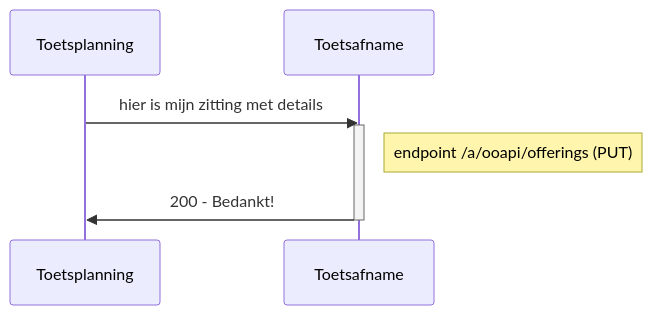
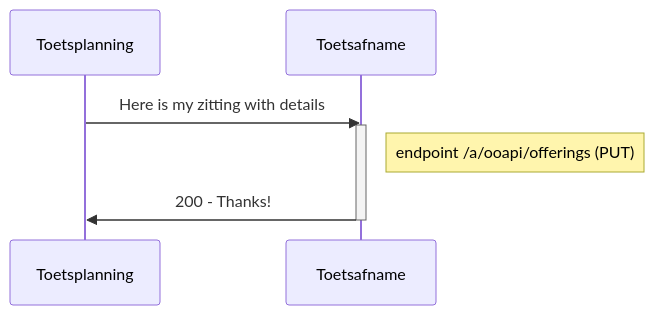
Before and after one commit to NetwerkExamineringDigitalisering/NED-OOAPI: the first of 8 diagrams in doc/diagrams/flow2.md, drawn with Mermaid. The commit also changed other lines of this file, not shown here.

````diff
--- a/doc/diagrams/flow2.md
+++ b/doc/diagrams/flow2.md
@@ -5,8 +5,8 @@
 ```mermaid
 sequenceDiagram
-    Toetsplanning->>Toetsafname: hier is mijn zitting met details
+    Toetsplanning->>Toetsafname: Here is my zitting with details
     activate Toetsafname
     Note right of Toetsafname: endpoint /a/ooapi/offerings (PUT)
-    Toetsafname->>Toetsplanning: 200 - Bedankt!
+    Toetsafname->>Toetsplanning: 200 - Thanks!
     deactivate Toetsafname
 ```
````
